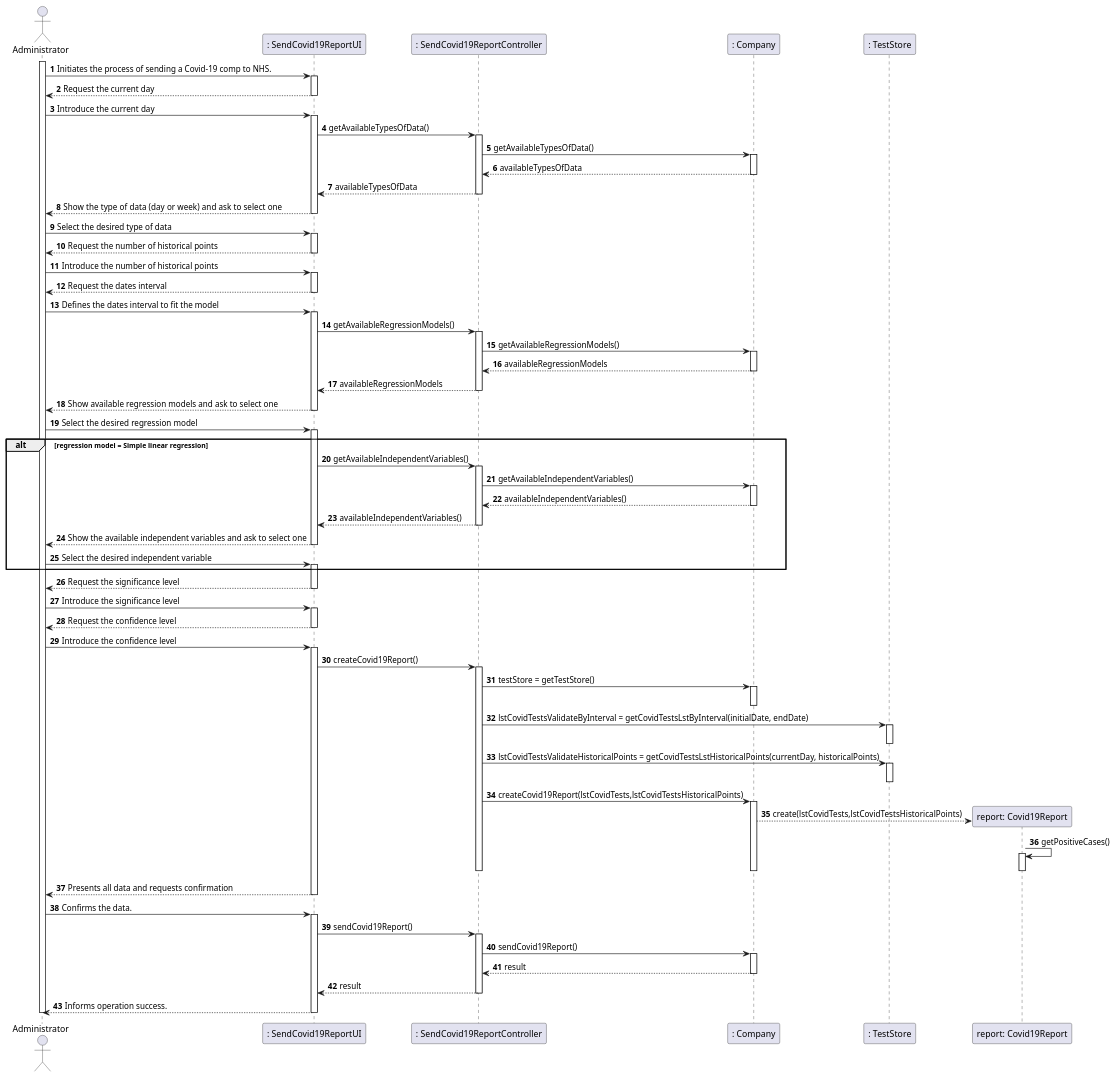
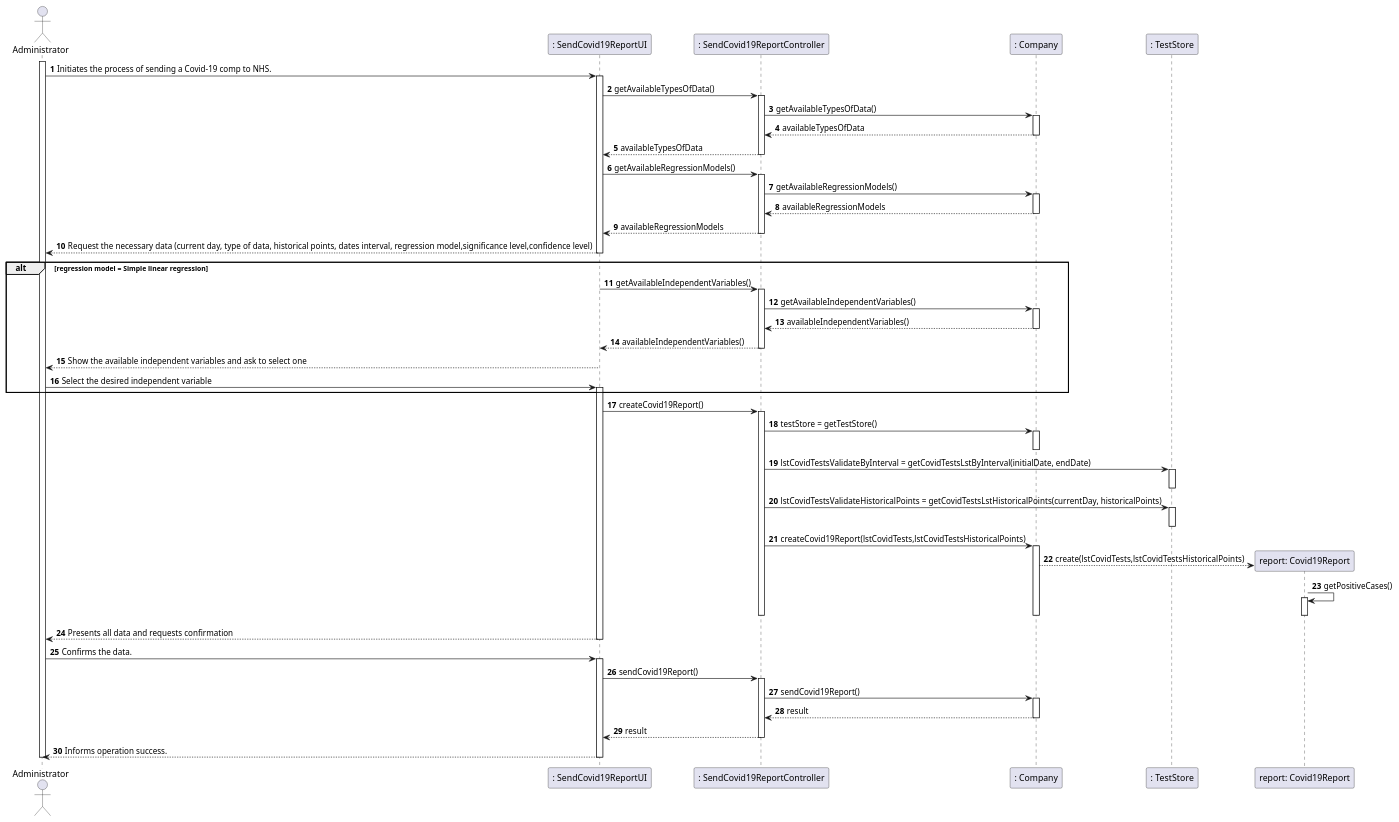
Before and after one commit to manu-07-ela/LAPR2_ISEP: the diagram in docs/SprintD/US18/US18_SD.puml, drawn with PlantUML. The commit also changed 1 other file, not shown here.

Commit message:
us18 - simple linear regression finalization

```diff
--- a/docs/SprintD/US18/US18_SD.puml
+++ b/docs/SprintD/US18/US18_SD.puml
@@ -1,122 +1,90 @@
 @startuml
 autonumber
 'hide footbox
 actor "Administrator" as ADMIN
 
 participant ": SendCovid19ReportUI" as UI
 participant ": SendCovid19ReportController" as CTRL
 participant ": Company" as comp
 participant ": TestStore" as store
 participant "report: Covid19Report" as report
 
 
 activate ADMIN
 ADMIN -> UI : Initiates the process of sending a Covid-19 comp to NHS.
 activate UI
-UI --> ADMIN : Request the current day
-deactivate UI
 
-ADMIN -> UI : Introduce the current day
-activate UI
 UI -> CTRL : getAvailableTypesOfData()
 activate CTRL
 CTRL -> comp : getAvailableTypesOfData()
 activate comp
 comp --> CTRL : availableTypesOfData
 deactivate comp
 CTRL --> UI : availableTypesOfData
 deactivate CTRL
-UI --> ADMIN : Show the type of data (day or week)  and ask to select one
-deactivate UI
 
-ADMIN -> UI : Select the desired type of data
-activate UI
-UI --> ADMIN : Request the number of historical points
-deactivate UI
-
-ADMIN -> UI : Introduce the number of historical points
-activate UI
-
-UI --> ADMIN : Request the dates interval
-deactivate UI
-
-ADMIN -> UI : Defines the dates interval to fit the model
-activate UI
 UI -> CTRL : getAvailableRegressionModels()
 activate CTRL
 CTRL -> comp : getAvailableRegressionModels()
 activate comp
 comp --> CTRL : availableRegressionModels
 deactivate comp
 CTRL --> UI : availableRegressionModels
 deactivate CTRL
-UI --> ADMIN : Show available regression models and ask to select one
+UI --> ADMIN : Request the necessary data (current day, type of data, historical points, dates interval, regression model,significance level,confidence level)
 deactivate UI
-
-ADMIN-> UI : Select the desired regression model
-activate UI
 alt regression model = Simple linear regression
 UI -> CTRL : getAvailableIndependentVariables()
 activate CTRL
 CTRL -> comp : getAvailableIndependentVariables()
 activate comp
 comp --> CTRL : availableIndependentVariables()
 deactivate comp
 CTRL --> UI : availableIndependentVariables()
 deactivate CTRL
 UI --> ADMIN : Show the available independent variables and ask to select one
 deactivate UI
 ADMIN-> UI : Select the desired independent variable
 activate UI
 end
 
-UI --> ADMIN : Request the significance level
-deactivate UI
-
-ADMIN -> UI : Introduce the significance level
-activate UI
-
-UI --> ADMIN : Request the confidence level
-deactivate UI
-
-ADMIN -> UI : Introduce the confidence level
 activate UI
 
 UI -> CTRL : createCovid19Report()
 activate CTRL
 CTRL -> comp : testStore = getTestStore()
 activate comp
 deactivate comp
 CTRL -> store : lstCovidTestsValidateByInterval = getCovidTestsLstByInterval(initialDate, endDate)
 activate store
 deactivate store
 CTRL -> store : lstCovidTestsValidateHistoricalPoints = getCovidTestsLstHistoricalPoints(currentDay, historicalPoints)
 activate store
 deactivate store
 CTRL -> comp : createCovid19Report(lstCovidTests,lstCovidTestsHistoricalPoints)
 activate comp
 comp --> report** :create(lstCovidTests,lstCovidTestsHistoricalPoints)
 report -> report : getPositiveCases()
 activate report
 deactivate report
 deactivate comp
 deactivate CTRL
 UI --> ADMIN :  Presents all data and requests confirmation
 deactivate UI
 
 ADMIN -> UI : Confirms the data.
 activate UI
 UI -> CTRL : sendCovid19Report()
 activate CTRL
 CTRL -> comp : sendCovid19Report()
 activate comp
 comp --> CTRL : result
 deactivate comp
 CTRL --> UI : result
 deactivate CTRL
 UI --> ADMIN : Informs operation success.
 deactivate UI
 
 deactivate ADMIN
 
 @enduml
```
